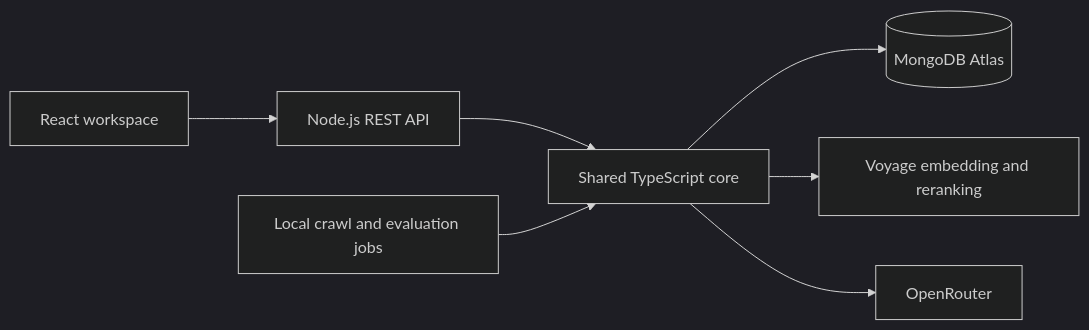
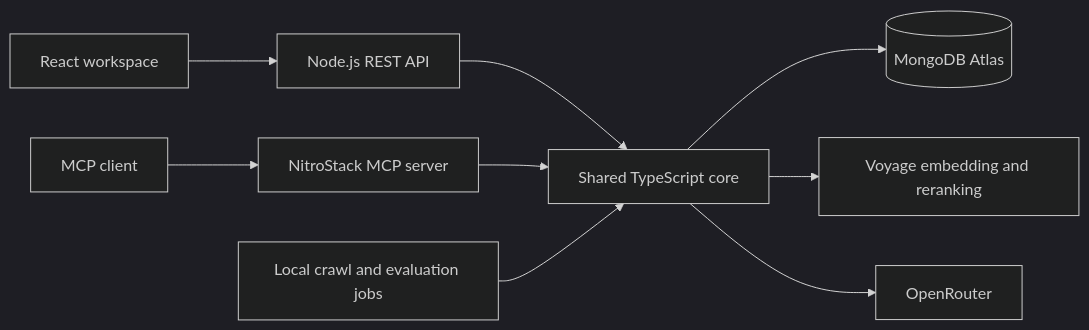
One commit to Kadamomkar2409/NitroStack-Knowledge-Engine changed the diagram in README.md. Above: the diagram before and after it, drawn with Mermaid (dark theme). The commit also changed other lines of this file and 7 other files, not shown here.

Commit message:
Add NitroStack knowledge MCP server

````diff
--- a/README.md
+++ b/README.md
@@ -5,9 +5,11 @@
 ```mermaid
 flowchart LR
   Browser[React workspace] --> API[Node.js REST API]
   API --> Core[Shared TypeScript core]
+  Client[MCP client] --> MCP[NitroStack MCP server]
+  MCP --> Core
   Jobs[Local crawl and evaluation jobs] --> Core
   Core --> Atlas[(MongoDB Atlas)]
   Core --> Voyage[Voyage embedding and reranking]
   Core --> Router[OpenRouter]
 ```
````
